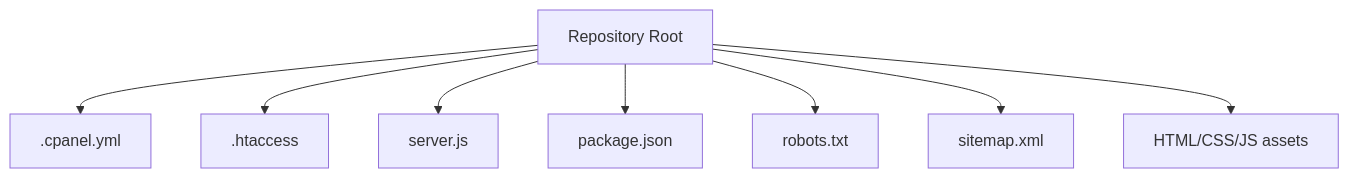
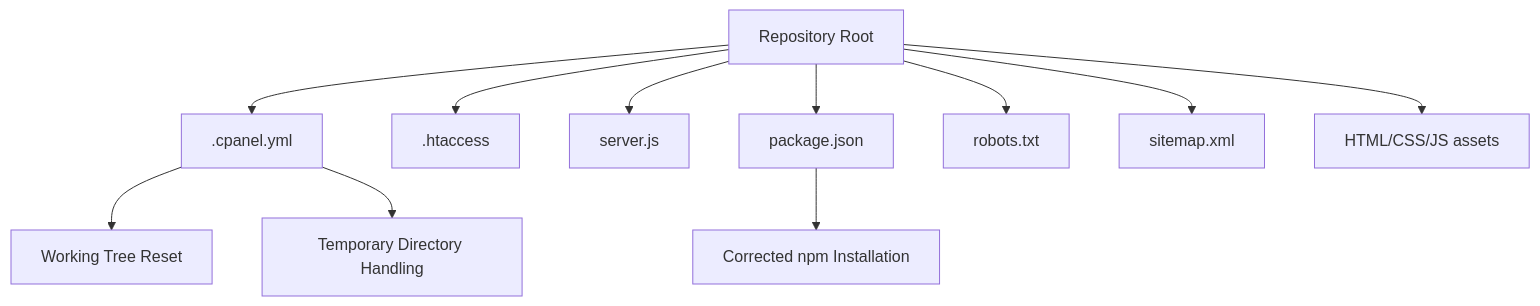
The first of 3 diagrams in .qoder/repowiki/en/content/Deployment & DevOps/Deployment & DevOps.md (Dunstun2/GeniusMind-Home-Schooling), drawn with Mermaid before and after one commit. The commit also changed other lines of this file and 42 other files, not shown here.

````diff
--- a/.qoder/repowiki/en/content/Deployment & DevOps/Deployment & DevOps.md
+++ b/.qoder/repowiki/en/content/Deployment & DevOps/Deployment & DevOps.md
@@ -38,10 +46,13 @@
 ```mermaid
 graph TB
 A["Repository Root"] --> B[".cpanel.yml"]
 A --> C[".htaccess"]
 A --> D["server.js"]
 A --> E["package.json"]
 A --> F["robots.txt"]
 A --> G["sitemap.xml"]
 A --> H["HTML/CSS/JS assets"]
+B --> I["Working Tree Reset"]
+B --> J["Temporary Directory Handling"]
+E --> K["Corrected npm Installation"]
 ```
````
